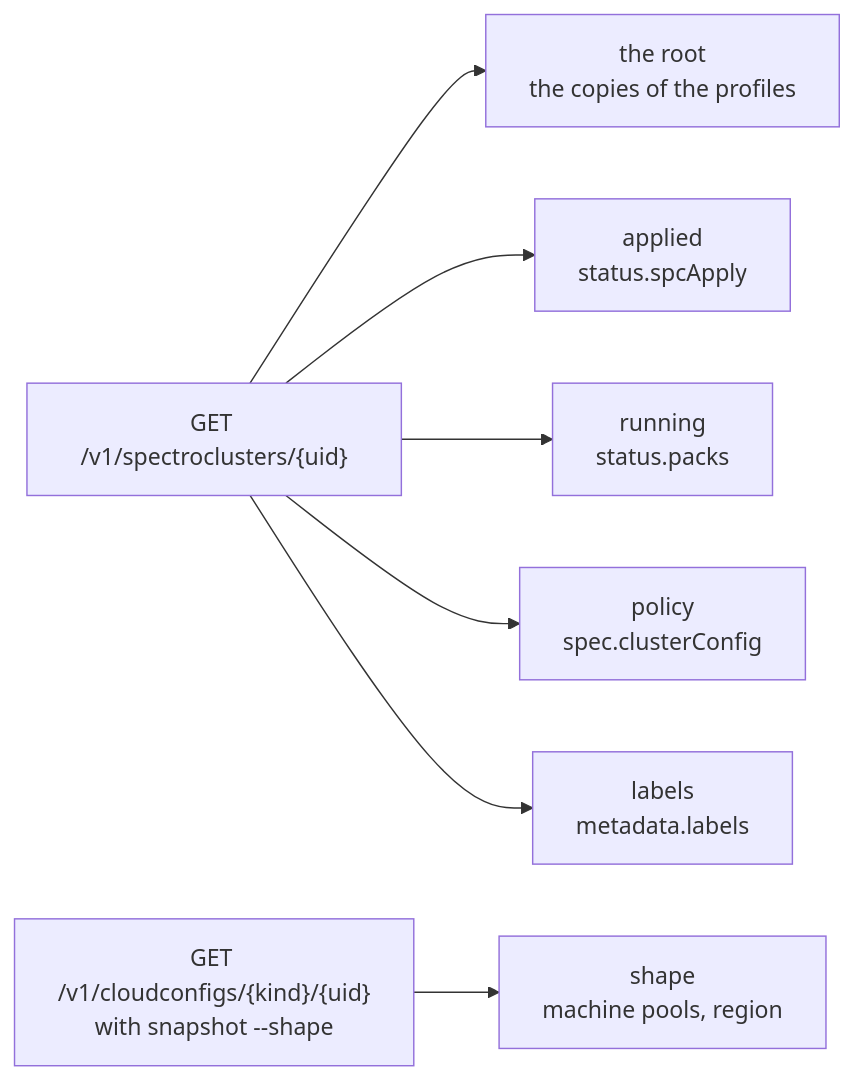
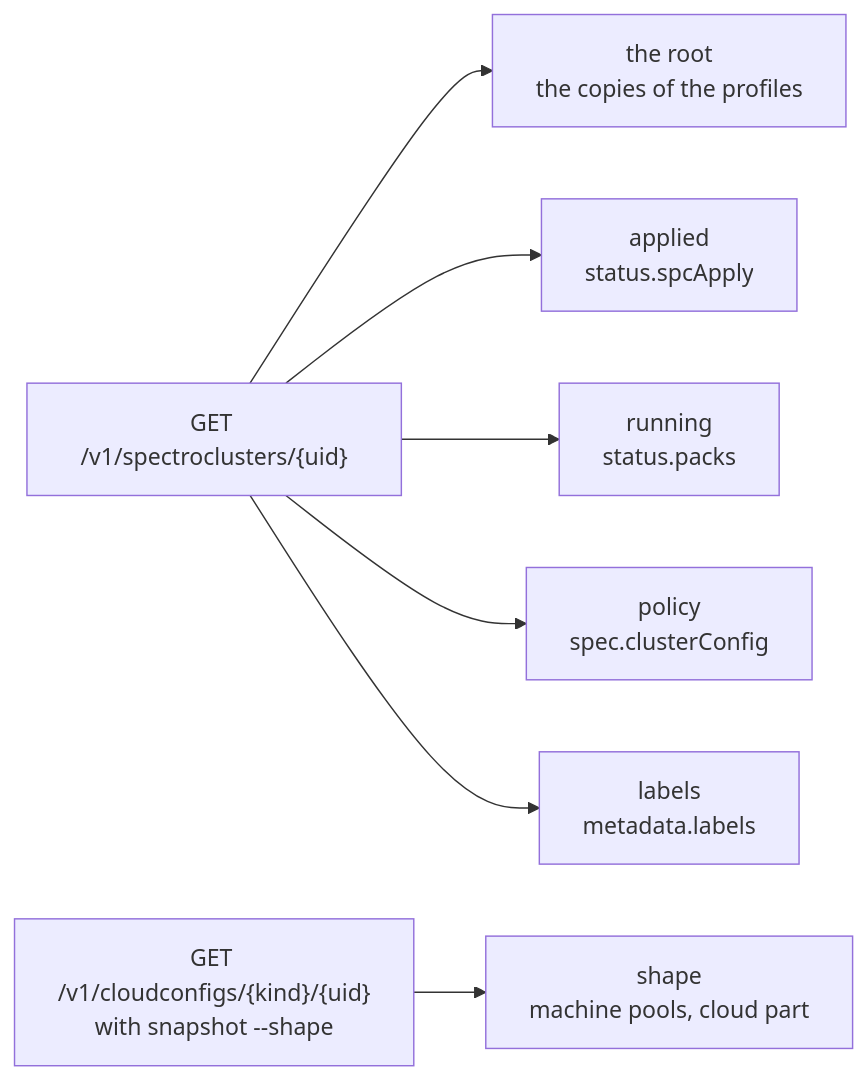
One commit to como-technologies/strata changed the first of 2 diagrams in docs/src/internals/palette/clusters.md. Above: the diagram before and after it, drawn with Mermaid. The commit also changed other lines of this file and 17 other files, not shown here.

Commit message:
Read the shape tier by the cloud type of the cluster, and compare an older record on the fields that it holds (#105)

````diff
--- a/docs/src/internals/palette/clusters.md
+++ b/docs/src/internals/palette/clusters.md
@@ -5,17 +5,17 @@
 ```mermaid
 flowchart LR
   doc["GET /v1/spectroclusters/{uid}"]
   cc["GET /v1/cloudconfigs/{kind}/{uid}<br/>with snapshot --shape"]
   release["the root<br/>the copies of the profiles"]
   applied["applied<br/>status.spcApply"]
   running["running<br/>status.packs"]
   policy["policy<br/>spec.clusterConfig"]
   labels["labels<br/>metadata.labels"]
-  shape["shape<br/>machine pools, region"]
+  shape["shape<br/>machine pools, cloud part"]
   doc --> release
   doc --> applied
   doc --> running
   doc --> policy
   doc --> labels
   cc --> shape
 ```
````
